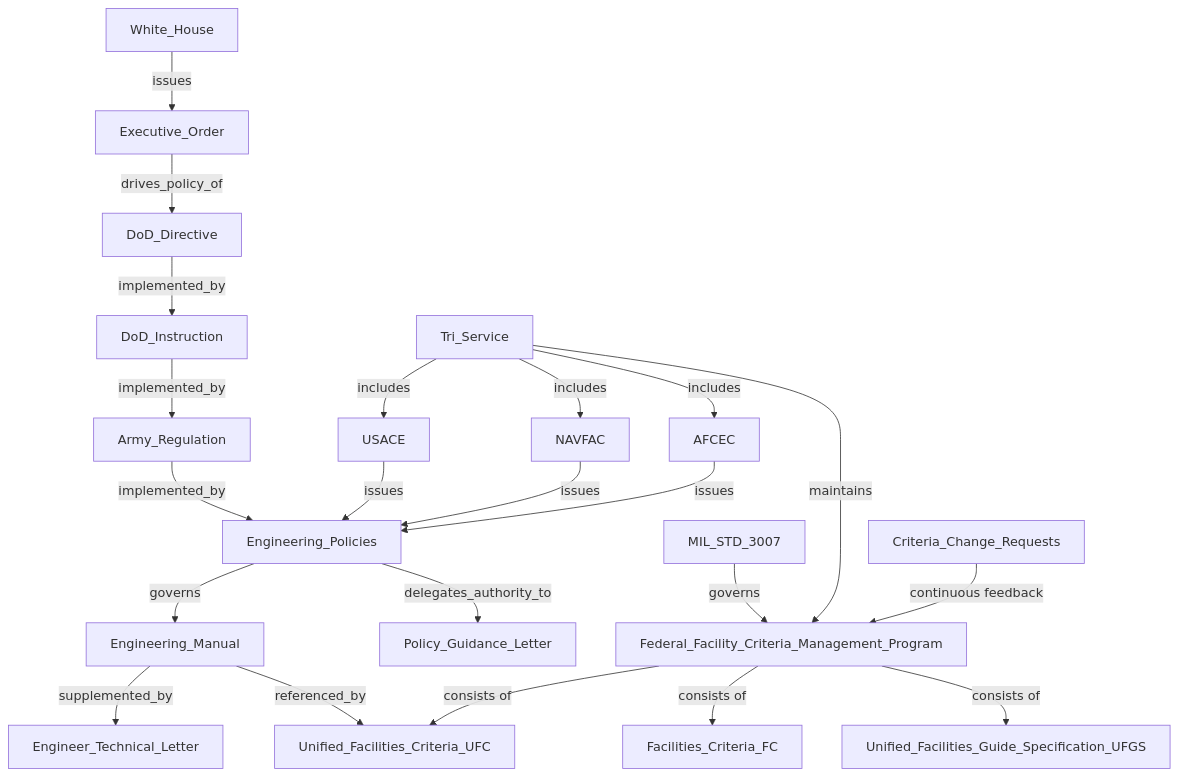
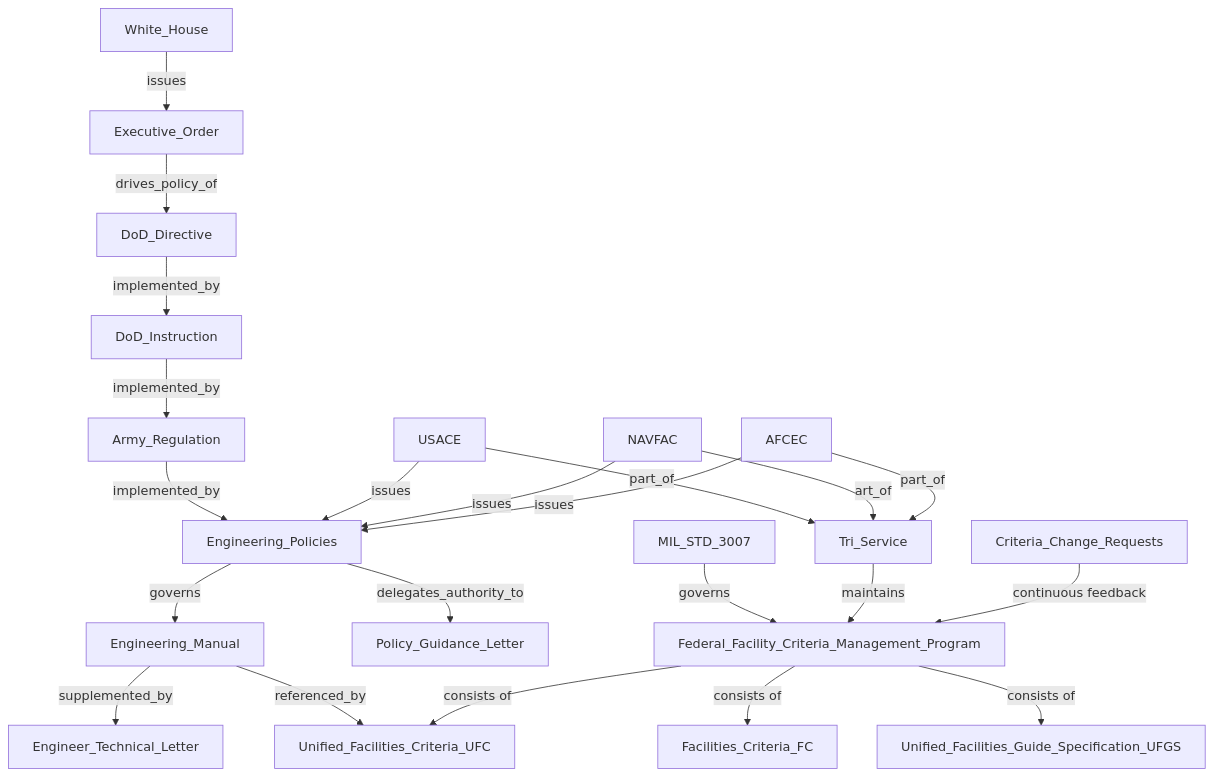
The diagram in data/KG_document_hierarchy.md (vdubya/criteria-assistant), drawn with Mermaid before and after one commit.

````diff
--- a/data/KG_document_hierarchy.md
+++ b/data/KG_document_hierarchy.md
@@ -1,25 +1,25 @@
 ```mermaid
 graph TD
   White_House -->|issues| Executive_Order
   Executive_Order -->|drives_policy_of| DoD_Directive
   DoD_Directive -->|implemented_by| DoD_Instruction
   DoD_Instruction -->|implemented_by| Army_Regulation
   Army_Regulation -->|implemented_by| Engineering_Policies
   Engineering_Policies -->|governs| Engineering_Manual
   Engineering_Manual -->|supplemented_by| Engineer_Technical_Letter
   Engineering_Policies -->|delegates_authority_to| Policy_Guidance_Letter
   Engineering_Manual -->|referenced_by| Unified_Facilities_Criteria_UFC
   MIL_STD_3007 -->|governs| Federal_Facility_Criteria_Management_Program
-  Tri_Service -->|includes| USACE
-  Tri_Service -->|includes| NAVFAC
-  Tri_Service -->|includes| AFCEC
   USACE -->|issues| Engineering_Policies
   NAVFAC -->|issues| Engineering_Policies
   AFCEC -->|issues| Engineering_Policies
+  USACE -->|part_of| Tri_Service
+  NAVFAC -->|art_of| Tri_Service
+  AFCEC -->|part_of| Tri_Service
   Tri_Service -->|maintains| Federal_Facility_Criteria_Management_Program
   Criteria_Change_Requests -->|continuous feedback| Federal_Facility_Criteria_Management_Program
   Federal_Facility_Criteria_Management_Program -->|consists of| Unified_Facilities_Criteria_UFC
   Federal_Facility_Criteria_Management_Program -->|consists of| Facilities_Criteria_FC
   Federal_Facility_Criteria_Management_Program -->|consists of| Unified_Facilities_Guide_Specification_UFGS
   
 ```
````
